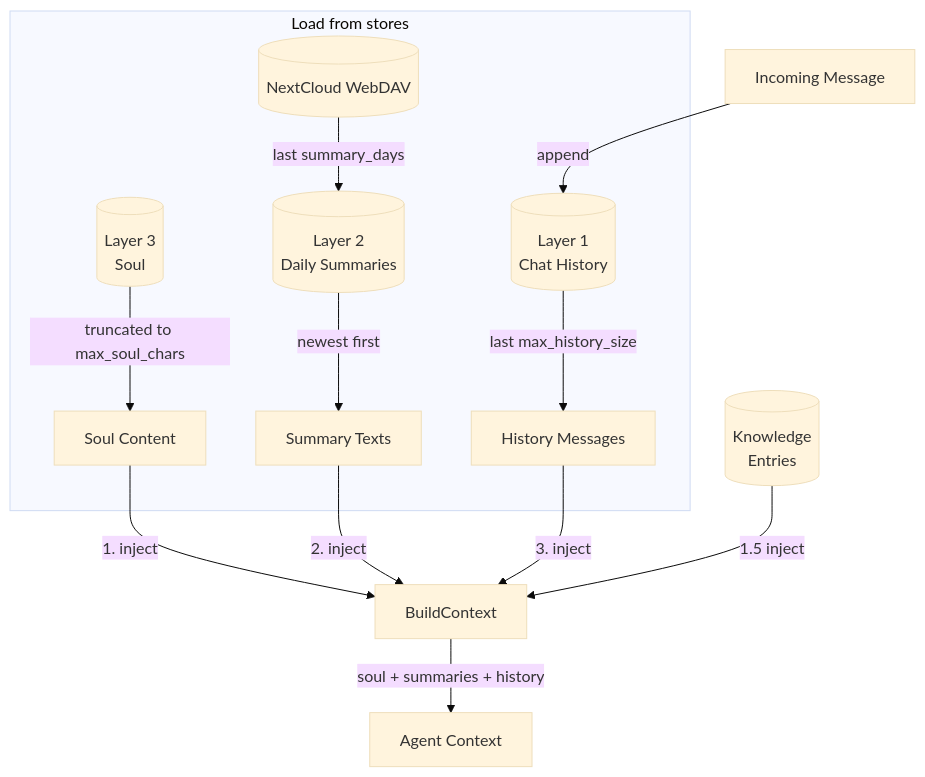
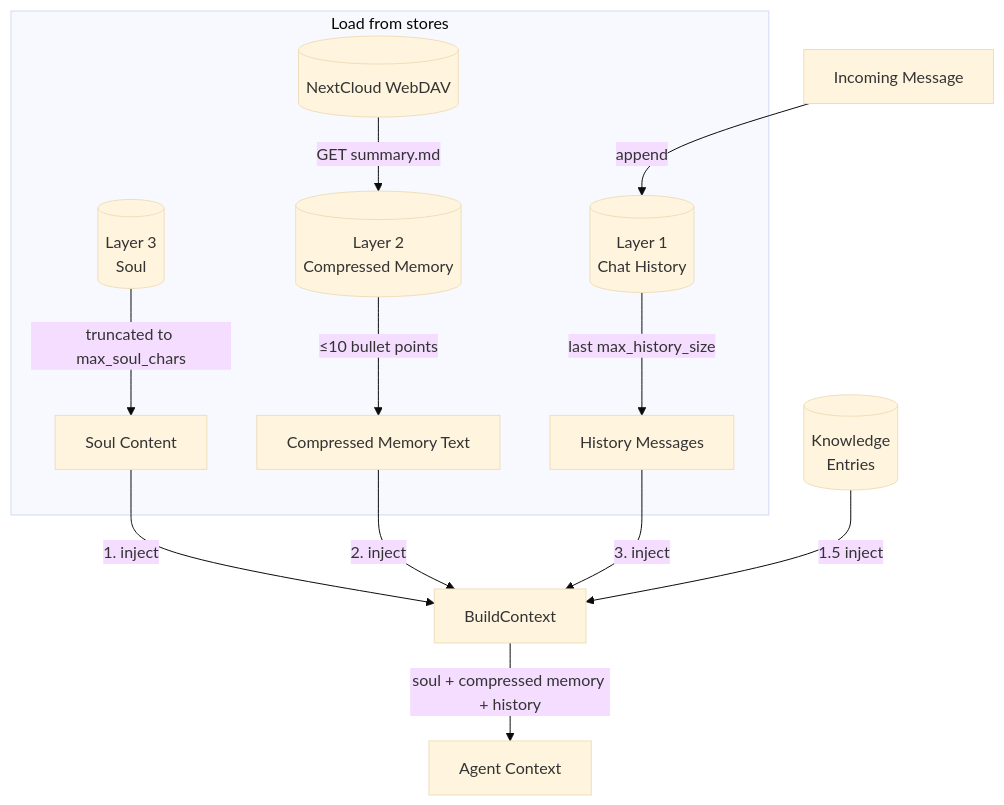
Before and after one commit to cosmoswafer/rockbot: the first of 7 diagrams in _dfds/base/memory.md, drawn with Mermaid (base theme). The commit also changed other lines of this file and 5 other files, not shown here.

First line of the commit message:
Revise DFDs: replace daily summaries with single summary.md compression

````diff
--- a/_dfds/base/memory.md
+++ b/_dfds/base/memory.md
@@ -56,24 +59,24 @@
 ```mermaid
 flowchart TD
     L3[(Layer 3<br/>Soul)]
-    L2[(Layer 2<br/>Daily Summaries)]
+    L2[(Layer 2<br/>Compressed Memory)]
     WEBDAV[(NextCloud WebDAV)]
     L1[(Layer 1<br/>Chat History)]
     KNOWLEDGE[(Knowledge<br/>Entries)]
     BUILD[BuildContext]
 
     subgraph "Load from stores"
         L3 -->|"truncated to max_soul_chars"| SOUL_OUT[Soul Content]
-        WEBDAV -->|"last summary_days"| L2
-        L2 -->|"newest first"| SUM_OUT[Summary Texts]
+        WEBDAV -->|"GET summary.md"| L2
+        L2 -->|"≤10 bullet points"| SUM_OUT[Compressed Memory Text]
         L1 -->|"last max_history_size"| HIST_OUT[History Messages]
     end
 
     SOUL_OUT -->|"1. inject"| BUILD
     KNOWLEDGE -->|"1.5 inject"| BUILD
     SUM_OUT -->|"2. inject"| BUILD
     HIST_OUT -->|"3. inject"| BUILD
-    BUILD -->|"soul + summaries + history"| CONTEXT[Agent Context]
+    BUILD -->|"soul + compressed memory + history"| CONTEXT[Agent Context]
 
     MSG[Incoming Message] -->|"append"| L1
 ```
````
